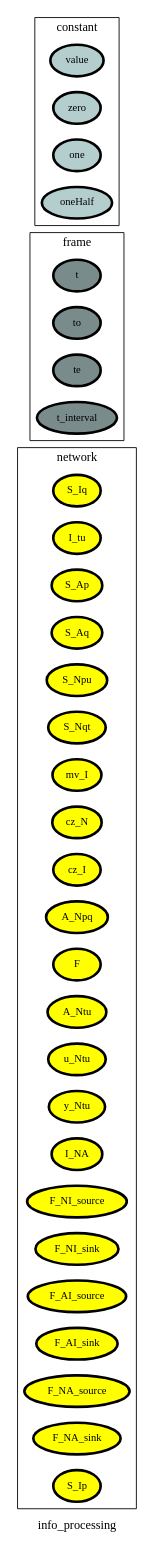
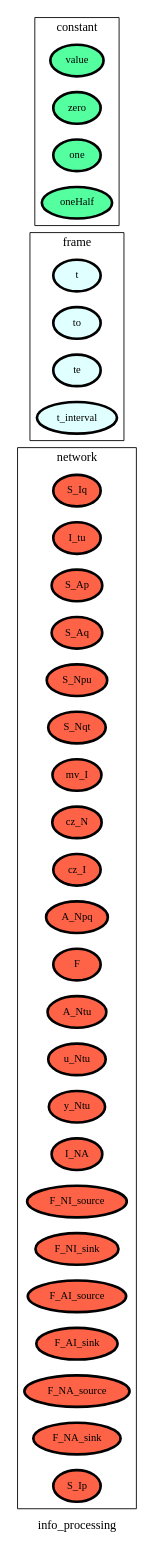
One commit to heinz-preisig/processes_distributed_no_interface_eqs changed the diagram in ontology_graphs/graph__info_processing.dot. Above: the diagram before and after it, drawn with Graphviz. The commit also changed 33 other files, not shown here.

```diff
--- a/ontology_graphs/graph__info_processing.dot
+++ b/ontology_graphs/graph__info_processing.dot
@@ -1,54 +1,54 @@
 digraph info_processing {
 label=info_processing;
 rankdir=LR;
 subgraph cluster_info_processing___network {
 label=network;
 rankdir=LR;
-V_10 [fillcolor=yellow, fontsize=12, label=S_Iq, penwidth=3, style=filled];
-V_11 [fillcolor=yellow, fontsize=12, label=I_tu, penwidth=3, style=filled];
-V_12 [fillcolor=yellow, fontsize=12, label=S_Ap, penwidth=3, style=filled];
-V_13 [fillcolor=yellow, fontsize=12, label=S_Aq, penwidth=3, style=filled];
-V_14 [fillcolor=yellow, fontsize=12, label=S_Npu, penwidth=3, style=filled];
-V_15 [fillcolor=yellow, fontsize=12, label=S_Nqt, penwidth=3, style=filled];
-V_16 [fillcolor=yellow, fontsize=12, label=mv_I, penwidth=3, style=filled];
-V_17 [fillcolor=yellow, fontsize=12, label=cz_N, penwidth=3, style=filled];
-V_18 [fillcolor=yellow, fontsize=12, label=cz_I, penwidth=3, style=filled];
-V_19 [fillcolor=yellow, fontsize=12, label=A_Npq, penwidth=3, style=filled];
-V_2 [fillcolor=yellow, fontsize=12, label=F, penwidth=3, style=filled];
-V_20 [fillcolor=yellow, fontsize=12, label=A_Ntu, penwidth=3, style=filled];
-V_21 [fillcolor=yellow, fontsize=12, label=u_Ntu, penwidth=3, style=filled];
-V_22 [fillcolor=yellow, fontsize=12, label=y_Ntu, penwidth=3, style=filled];
-V_27 [fillcolor=yellow, fontsize=12, label=I_NA, penwidth=3, style=filled];
-V_3 [fillcolor=yellow, fontsize=12, label=F_NI_source, penwidth=3, style=filled];
-V_4 [fillcolor=yellow, fontsize=12, label=F_NI_sink, penwidth=3, style=filled];
-V_5 [fillcolor=yellow, fontsize=12, label=F_AI_source, penwidth=3, style=filled];
-V_6 [fillcolor=yellow, fontsize=12, label=F_AI_sink, penwidth=3, style=filled];
-V_7 [fillcolor=yellow, fontsize=12, label=F_NA_source, penwidth=3, style=filled];
-V_8 [fillcolor=yellow, fontsize=12, label=F_NA_sink, penwidth=3, style=filled];
-V_9 [fillcolor=yellow, fontsize=12, label=S_Ip, penwidth=3, style=filled];
+V_10 [fillcolor=tomato, fontsize=12, label=S_Iq, penwidth=3, style=filled];
+V_11 [fillcolor=tomato, fontsize=12, label=I_tu, penwidth=3, style=filled];
+V_12 [fillcolor=tomato, fontsize=12, label=S_Ap, penwidth=3, style=filled];
+V_13 [fillcolor=tomato, fontsize=12, label=S_Aq, penwidth=3, style=filled];
+V_14 [fillcolor=tomato, fontsize=12, label=S_Npu, penwidth=3, style=filled];
+V_15 [fillcolor=tomato, fontsize=12, label=S_Nqt, penwidth=3, style=filled];
+V_16 [fillcolor=tomato, fontsize=12, label=mv_I, penwidth=3, style=filled];
+V_17 [fillcolor=tomato, fontsize=12, label=cz_N, penwidth=3, style=filled];
+V_18 [fillcolor=tomato, fontsize=12, label=cz_I, penwidth=3, style=filled];
+V_19 [fillcolor=tomato, fontsize=12, label=A_Npq, penwidth=3, style=filled];
+V_2 [fillcolor=tomato, fontsize=12, label=F, penwidth=3, style=filled];
+V_20 [fillcolor=tomato, fontsize=12, label=A_Ntu, penwidth=3, style=filled];
+V_21 [fillcolor=tomato, fontsize=12, label=u_Ntu, penwidth=3, style=filled];
+V_22 [fillcolor=tomato, fontsize=12, label=y_Ntu, penwidth=3, style=filled];
+V_27 [fillcolor=tomato, fontsize=12, label=I_NA, penwidth=3, style=filled];
+V_3 [fillcolor=tomato, fontsize=12, label=F_NI_source, penwidth=3, style=filled];
+V_4 [fillcolor=tomato, fontsize=12, label=F_NI_sink, penwidth=3, style=filled];
+V_5 [fillcolor=tomato, fontsize=12, label=F_AI_source, penwidth=3, style=filled];
+V_6 [fillcolor=tomato, fontsize=12, label=F_AI_sink, penwidth=3, style=filled];
+V_7 [fillcolor=tomato, fontsize=12, label=F_NA_source, penwidth=3, style=filled];
+V_8 [fillcolor=tomato, fontsize=12, label=F_NA_sink, penwidth=3, style=filled];
+V_9 [fillcolor=tomato, fontsize=12, label=S_Ip, penwidth=3, style=filled];
 }
 
 subgraph cluster_info_processing___frame {
 label=frame;
 rankdir=LR;
-V_1 [fillcolor=lightcyan4, fontsize=12, label=t, penwidth=3, style=filled];
-V_105 [fillcolor=lightcyan4, fontsize=12, label=to, penwidth=3, style=filled];
-V_106 [fillcolor=lightcyan4, fontsize=12, label=te, penwidth=3, style=filled];
-V_107 [fillcolor=lightcyan4, fontsize=12, label=t_interval, penwidth=3, style=filled];
+V_1 [fillcolor=lightcyan1, fontsize=12, label=t, penwidth=3, style=filled];
+V_105 [fillcolor=lightcyan1, fontsize=12, label=to, penwidth=3, style=filled];
+V_106 [fillcolor=lightcyan1, fontsize=12, label=te, penwidth=3, style=filled];
+V_107 [fillcolor=lightcyan1, fontsize=12, label=t_interval, penwidth=3, style=filled];
 }
 
 subgraph cluster_info_processing___state {
 label=state;
 rankdir=LR;
 }
 
 subgraph cluster_info_processing___constant {
 label=constant;
 rankdir=LR;
-V_101 [fillcolor=lightcyan3, fontsize=12, label=value, penwidth=3, style=filled];
-V_102 [fillcolor=lightcyan3, fontsize=12, label=zero, penwidth=3, style=filled];
-V_103 [fillcolor=lightcyan3, fontsize=12, label=one, penwidth=3, style=filled];
-V_104 [fillcolor=lightcyan3, fontsize=12, label=oneHalf, penwidth=3, style=filled];
+V_101 [fillcolor=seagreen1, fontsize=12, label=value, penwidth=3, style=filled];
+V_102 [fillcolor=seagreen1, fontsize=12, label=zero, penwidth=3, style=filled];
+V_103 [fillcolor=seagreen1, fontsize=12, label=one, penwidth=3, style=filled];
+V_104 [fillcolor=seagreen1, fontsize=12, label=oneHalf, penwidth=3, style=filled];
 }
 
 }
```
